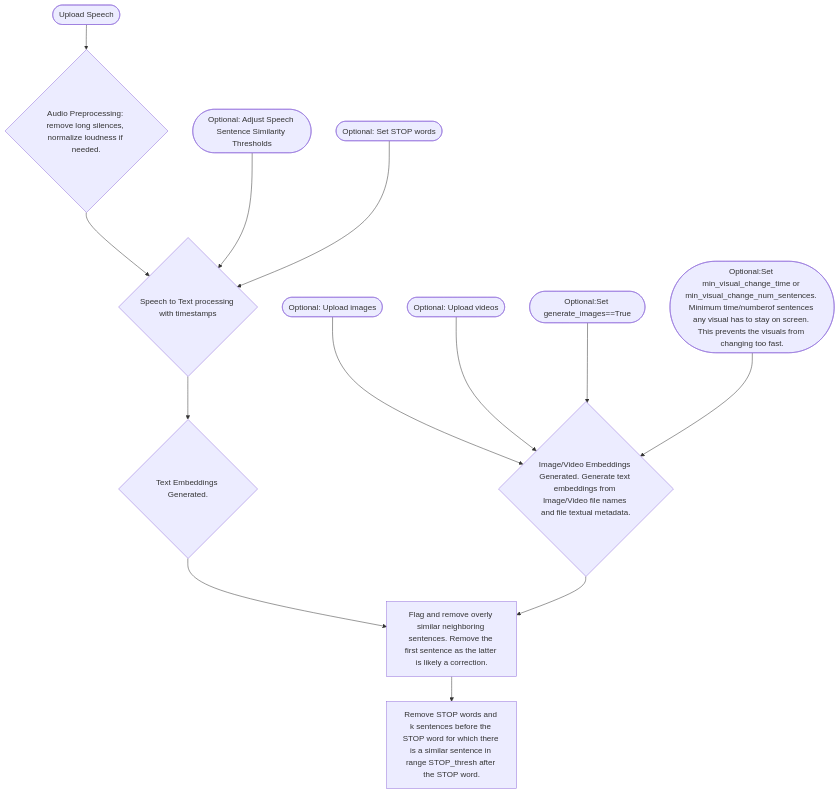
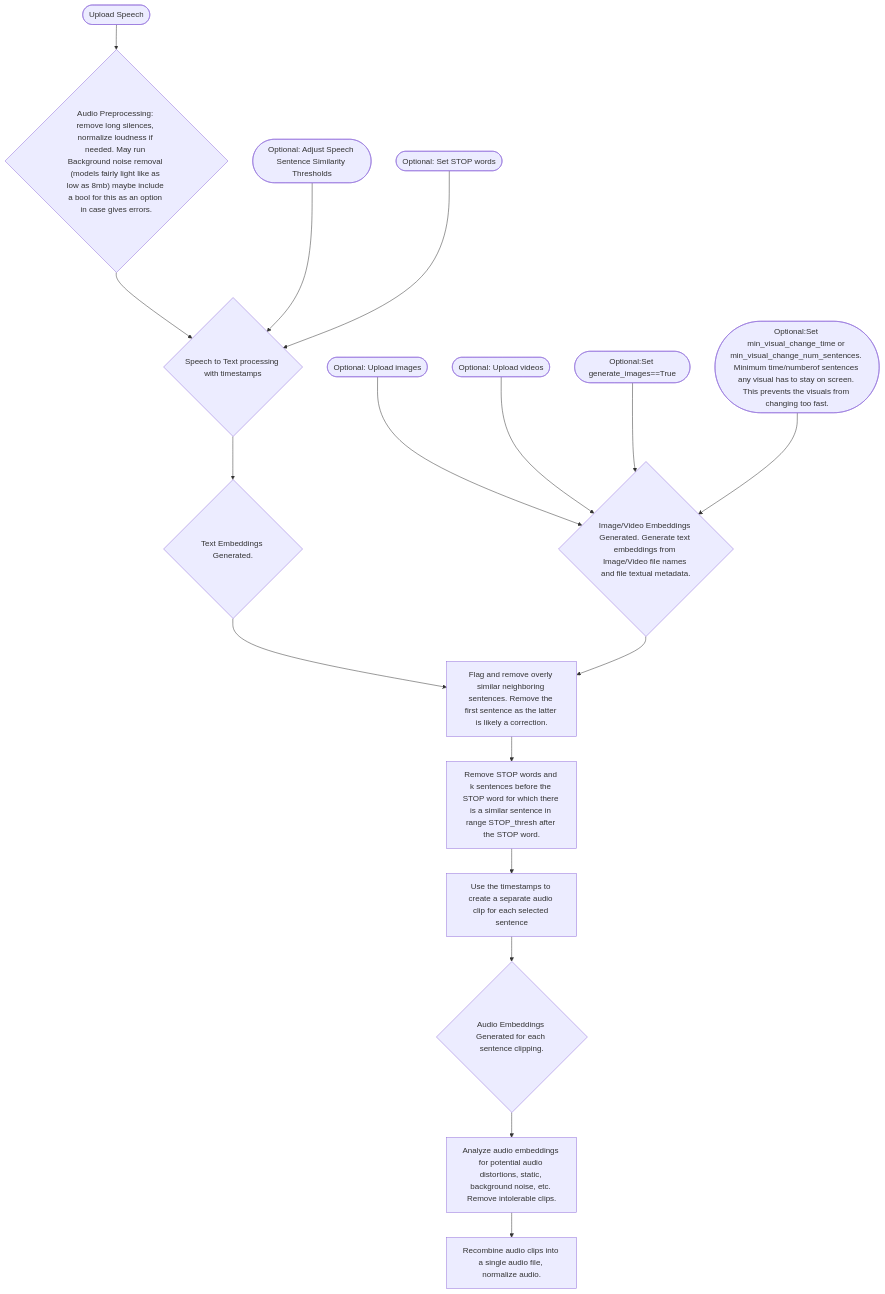
Before and after one commit to GeorgeDavila/yappy-video-editor: the diagram in README.md, drawn with Mermaid. The commit also changed other lines of this file, not shown here.

Commit message:
mermaid diagram editing

````diff
--- a/README.md
+++ b/README.md
@@ -9,18 +9,27 @@
 ```mermaid
 graph TD;
-    A1(["Upload Speech"])-->B0{"Audio Preprocessing: remove long silences, normalize loudness if needed."};
-    B0-->STT_MODEL{"Speech to Text processing with timestamps"}
-    STT_MODEL-->B3{"Text Embeddings Generated."};
-    A2(["Optional: Upload images"])-->B2{"Image/Video Embeddings Generated. Generate text embeddings from Image/Video file names and file textual metadata."};
-    A3(["Optional: Upload videos"])-->B2;
+    AUDIO_UPLOAD(["Upload Speech"])-->AUDIO_PREPROCESSING{"Audio Preprocessing: remove long silences, normalize loudness if needed. May run Background noise removal (models fairly light like as low as 8mb) maybe include a bool for this as an option in case gives errors."};
+    %% AUDIO_UPLOAD-->EMBED_AUDIO{"Audio Embeddings Generated."};
+    AUDIO_PREPROCESSING-->STT_MODEL{"Speech to Text processing with timestamps"}
+    STT_MODEL-->EMBED_TEXT{"Text Embeddings Generated."};
+    IMAGE_UPLOAD(["Optional: Upload images"])-->EMBED_IMAGE_VIDEO{"Image/Video Embeddings Generated. Generate text embeddings from Image/Video file names and file textual metadata."};
+    VIDEO_UPLOAD(["Optional: Upload videos"])-->EMBED_IMAGE_VIDEO;
 
-    B3-->C1["Flag and remove overly similar neighboring sentences. Remove the first sentence as the latter is likely a correction."];
-    C1-->C2["Remove STOP words and k sentences before the STOP word for which there is a similar sentence in range STOP_thresh after the STOP word."];
-    B2-->C1;
+    EMBED_TEXT-->AUDIO_SIMILARITY["Flag and remove overly similar neighboring sentences. Remove the first sentence as the latter is likely a correction."];
+    AUDIO_SIMILARITY-->AUDIO_STOP["Remove STOP words and k sentences before the STOP word for which there is a similar sentence in range STOP_thresh after the STOP word."];
+
+    %% AUDIO_STOP-->AUDIO_AGENT["Now that we have our core audio we can inject prompts into the pipeline to remove unwanted topics or whatever"];
+    
+    AUDIO_STOP-->AUDIO_CLIPPING["Use the timestamps to create a separate audio clip for each selected sentence"];
+    AUDIO_CLIPPING-->EMBED_AUDIO{"Audio Embeddings Generated for each sentence clipping."};
+    EMBED_AUDIO-->AUDIO_ANALYSIS["Analyze audio embeddings for potential audio distortions, static, background noise, etc. Remove intolerable clips."]
+
+    AUDIO_ANALYSIS-->AUDIO_POSTPROCESSING["Recombine audio clips into a single audio file, normalize audio."]
+    EMBED_IMAGE_VIDEO-->AUDIO_SIMILARITY;
     
     PARAM1(["Optional: Adjust Speech Sentence Similarity Thresholds"])-->STT_MODEL;
     PARAM2(["Optional: Set STOP words"])-->STT_MODEL;
-    PARAM3(["Optional:Set generate_images==True"])-->B2;
-    PARAM4(["Optional:Set min_visual_change_time or min_visual_change_num_sentences. Minimum time/numberof sentences any visual has to stay on screen. This prevents the visuals from changing too fast. "])-->B2;
+    PARAM3(["Optional:Set generate_images==True"])-->EMBED_IMAGE_VIDEO;
+    PARAM4(["Optional:Set min_visual_change_time or min_visual_change_num_sentences. Minimum time/numberof sentences any visual has to stay on screen. This prevents the visuals from changing too fast. "])-->EMBED_IMAGE_VIDEO;
 
 ```
````
